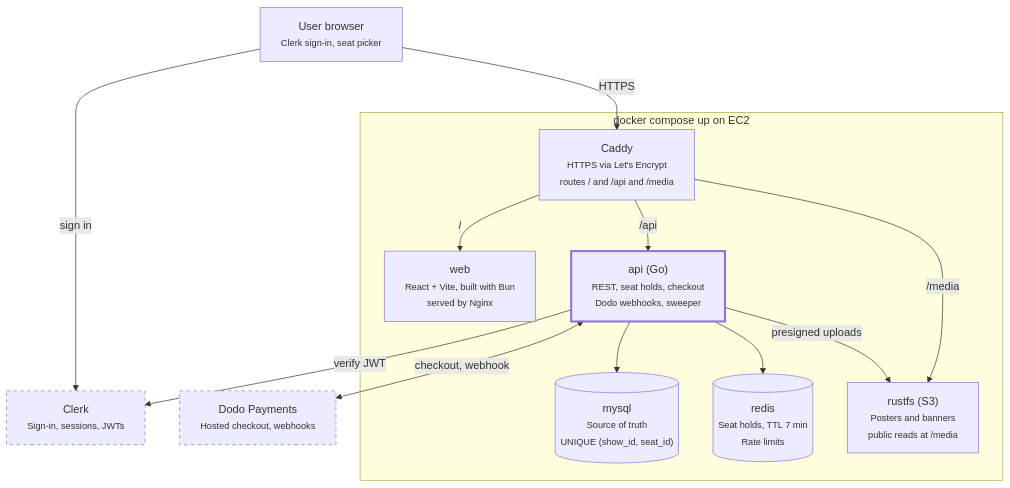
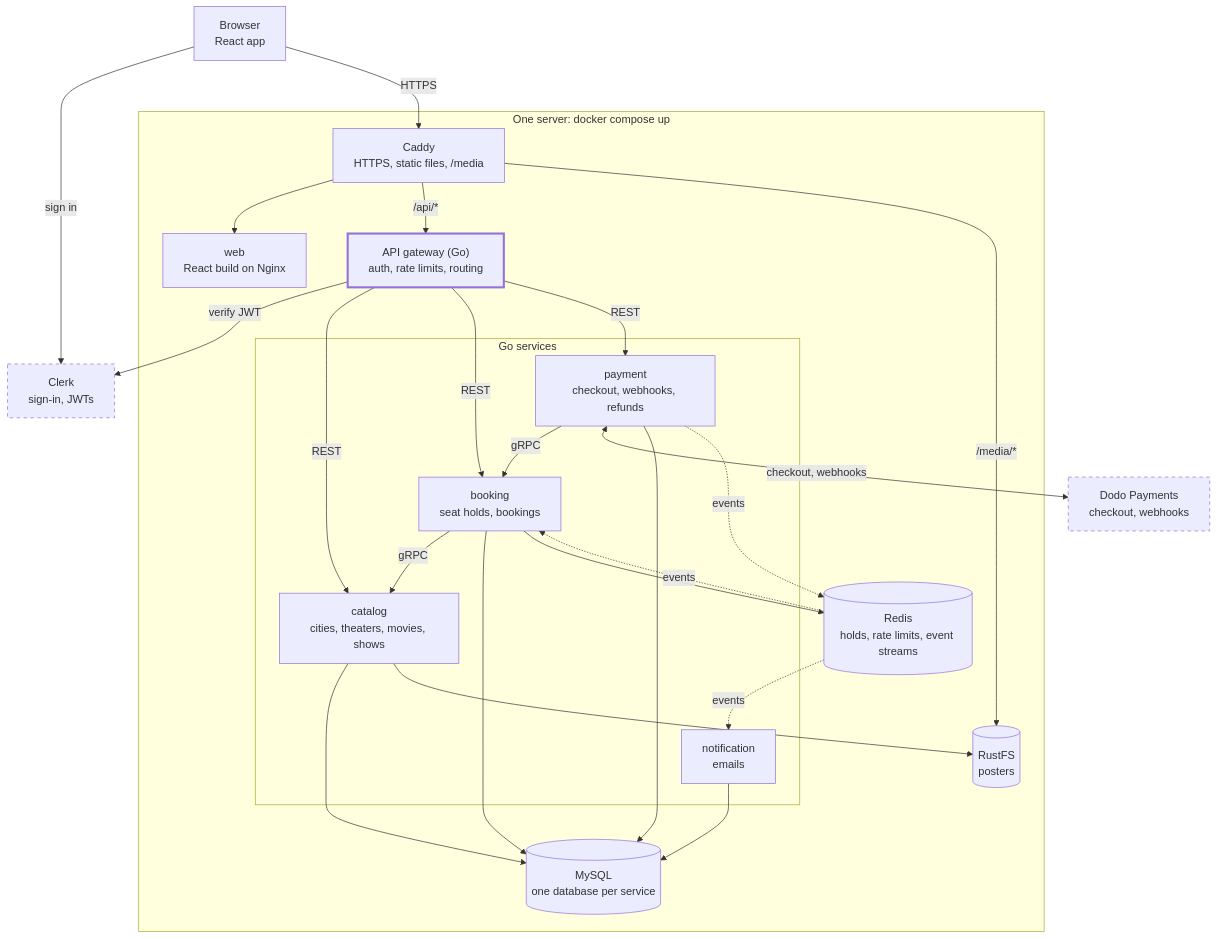
Before and after one commit to PrathmeshSadake/Tango: the first of 2 diagrams in README.md, drawn with Mermaid. The commit also changed other lines of this file, not shown here.

First line of the commit message:
Enhance README.md with detailed architecture and service descriptions

````diff
--- a/README.md
+++ b/README.md
@@ -24,29 +24,48 @@
 ```mermaid
 flowchart TB
-    browser["User browser<br/><small>Clerk sign-in, seat picker</small>"]
-    clerk["Clerk<br/><small>Sign-in, sessions, JWTs</small>"]:::ext
-    dodo["Dodo Payments<br/><small>Hosted checkout, webhooks</small>"]:::ext
+    browser["Browser<br/>React app"]
+    clerk["Clerk<br/>sign-in, JWTs"]:::ext
+    dodo["Dodo Payments<br/>checkout, webhooks"]:::ext
 
-    subgraph compose["docker compose up on EC2"]
-        caddy["Caddy<br/><small>HTTPS via Let's Encrypt<br/>routes / and /api and /media</small>"]
-        web["web<br/><small>React + Vite, built with Bun<br/>served by Nginx</small>"]
-        api["api (Go)<br/><small>REST, seat holds, checkout<br/>Dodo webhooks, sweeper</small>"]:::main
-        rustfs["rustfs (S3)<br/><small>Posters and banners<br/>public reads at /media</small>"]
-        mysql[("mysql<br/><small>Source of truth<br/>UNIQUE (show_id, seat_id)</small>")]
-        redis[("redis<br/><small>Seat holds, TTL 7 min<br/>Rate limits</small>")]
+    subgraph host["One server: docker compose up"]
+        caddy["Caddy<br/>HTTPS, static files, /media"]
+        web["web<br/>React build on Nginx"]
+        gw["API gateway (Go)<br/>auth, rate limits, routing"]:::main
+
+        subgraph svcs["Go services"]
+            catalog["catalog<br/>cities, theaters, movies, shows"]
+            booking["booking<br/>seat holds, bookings"]
+            payment["payment<br/>checkout, webhooks, refunds"]
+            notify["notification<br/>emails"]
+        end
+
+        mysql[("MySQL<br/>one database per service")]
+        redis[("Redis<br/>holds, rate limits, event streams")]
+        rustfs[("RustFS<br/>posters")]
     end
 
     browser -- sign in --> clerk
     browser -- HTTPS --> caddy
-    caddy -- "/" --> web
-    caddy -- "/api" --> api
-    caddy -- "/media" --> rustfs
-    api -- verify JWT --> clerk
-    api <-- "checkout, webhook" --> dodo
-    api --> mysql
-    api --> redis
-    api -- presigned uploads --> rustfs
+    caddy --> web
+    caddy -- "/api/*" --> gw
+    caddy -- "/media/*" --> rustfs
+    gw -- verify JWT --> clerk
+    gw -- REST --> catalog
+    gw -- REST --> booking
+    gw -- REST --> payment
+    booking -- gRPC --> catalog
+    payment -- gRPC --> booking
+    payment <-- "checkout, webhooks" --> dodo
+    catalog --> mysql
+    booking --> mysql
+    payment --> mysql
+    notify --> mysql
+    booking --> redis
+    payment -. events .-> redis
+    redis -. events .-> booking
+    redis -. events .-> notify
+    catalog --> rustfs
 
     classDef ext stroke-dasharray: 5 5
     classDef main stroke-width:3px
 ```
````
